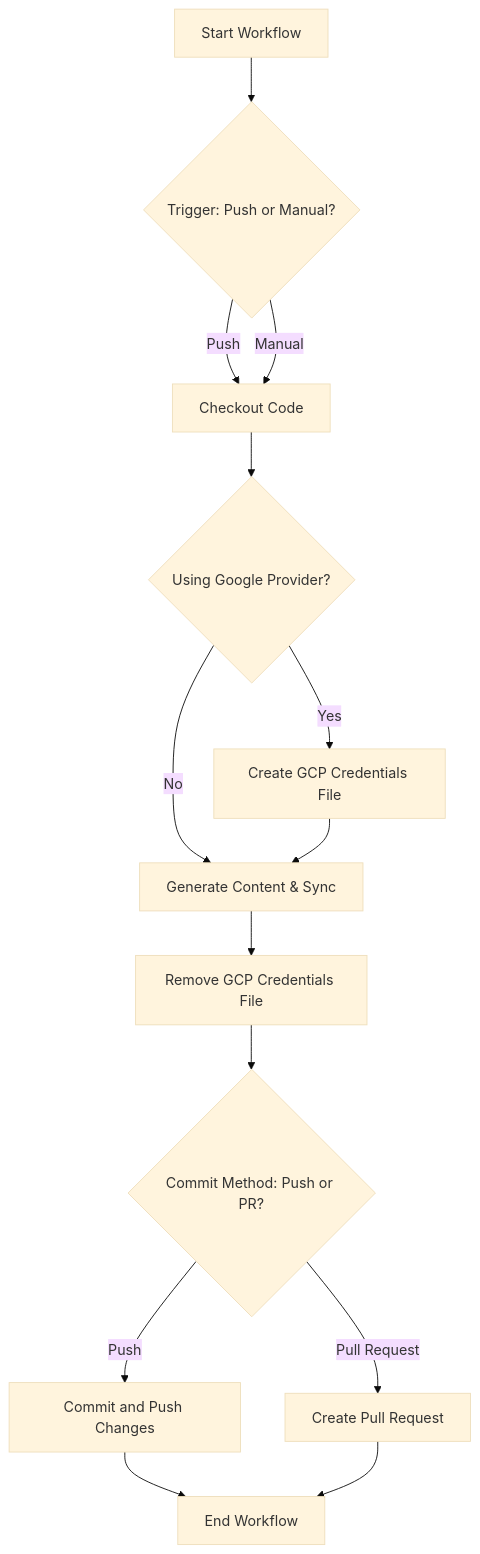
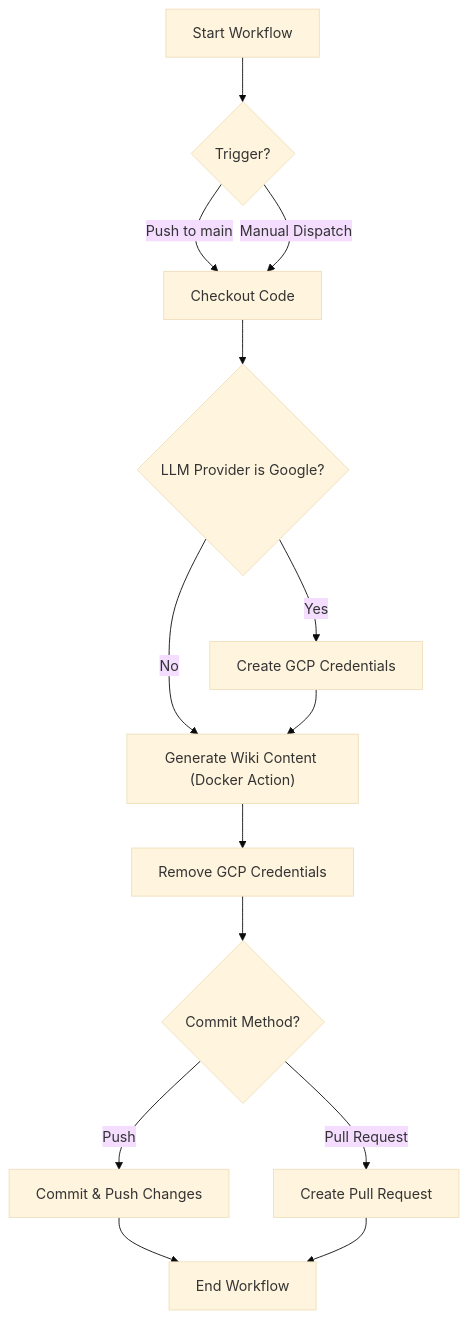
One commit to catuscio/wiki-as-readme changed the first of 19 diagrams in examples/wiki_as_README.md. Above: the diagram before and after it, drawn with Mermaid (base theme). The commit also changed other lines of this file, not shown here.

Commit message:
✨📚 Update examples/wiki_as_README.md via Wiki-As-Readme Action (ko)

````diff
--- a/examples/wiki_as_README.md
+++ b/examples/wiki_as_README.md
@@ -98,16 +126,16 @@
 ```mermaid
 graph TD
-    A["Start Workflow"] --> B{"Trigger: Push or Manual?"}
-    B -- "Push" --> C["Checkout Code"]
-    B -- "Manual" --> C
-    C --> D{"Using Google Provider?"}
-    D -- "Yes" --> E["Create GCP Credentials File"]
-    D -- "No" --> F["Generate Content & Sync"]
+    A["Start Workflow"] --> B{"Trigger?"}
+    B -- "Push to main" --> C["Checkout Code"]
+    B -- "Manual Dispatch" --> C
+    C --> D{"LLM Provider is Google?"}
+    D -- "Yes" --> E["Create GCP Credentials"]
+    D -- "No" --> F["Generate Wiki Content (Docker Action)"]
     E --> F
-    F --> G["Remove GCP Credentials File"]
-    G --> H{"Commit Method: Push or PR?"}
-    H -- "Push" --> I["Commit and Push Changes"]
+    F --> G["Remove GCP Credentials"]
+    G --> H{"Commit Method?"}
+    H -- "Push" --> I["Commit & Push Changes"]
     H -- "Pull Request" --> J["Create Pull Request"]
     I --> K["End Workflow"]
     J --> K
 ```
````
